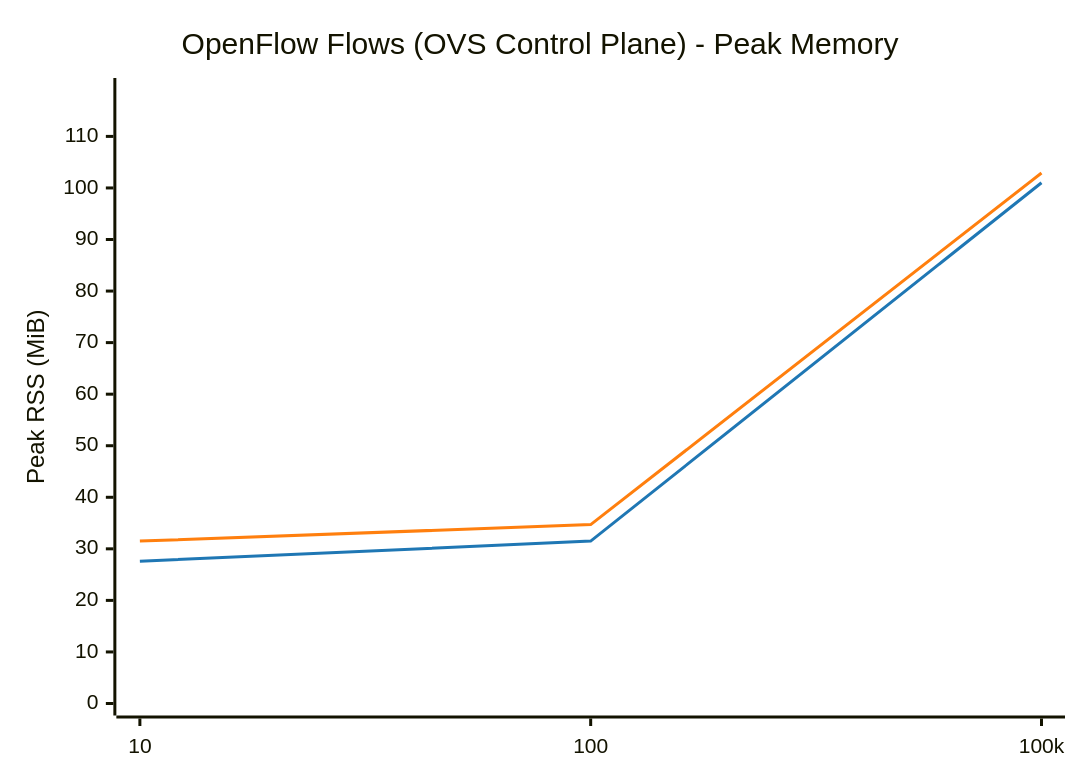
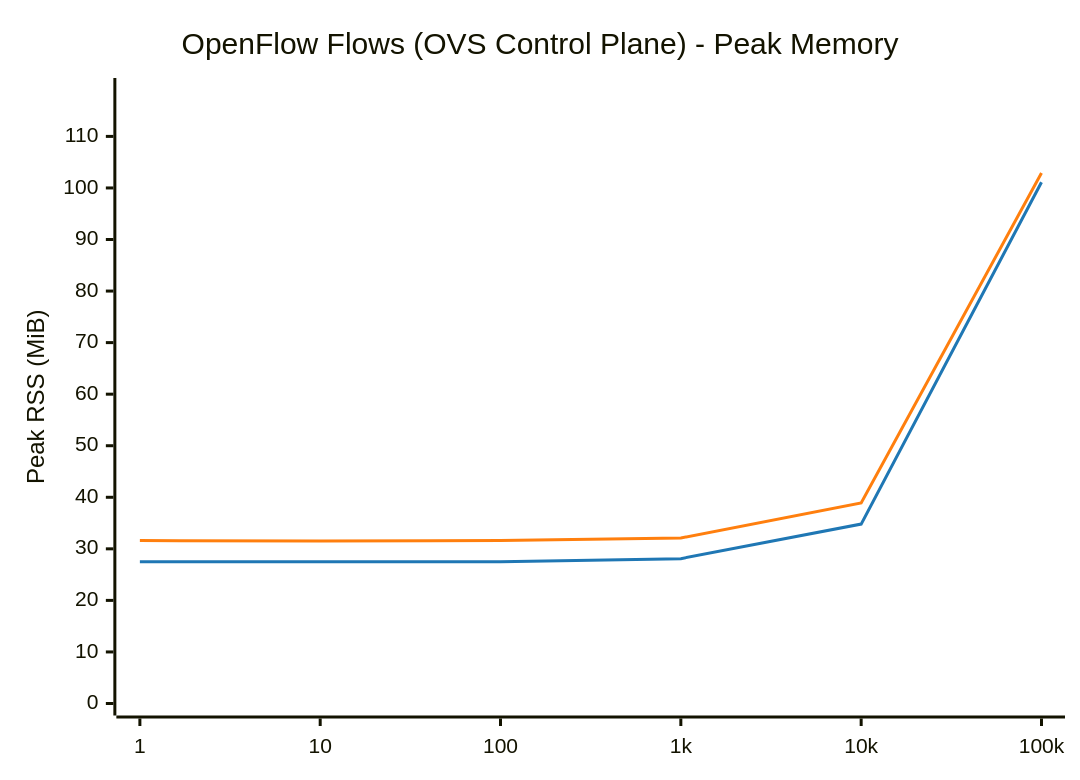
Diagram 12 of 14 in results/BENCHMARK_REPORT.md (LionelJouin/ovs-ovn-bench), drawn with Mermaid before and after one commit. The commit also changed other lines of this file and 4 other files, not shown here.

````diff
--- a/results/BENCHMARK_REPORT.md
+++ b/results/BENCHMARK_REPORT.md
@@ -305,14 +748,14 @@
 ```mermaid
 ---
 config:
     themeVariables:
         xyChart:
             plotColorPalette: "#1f77b4, #ff7f0e"
 ---
 xychart-beta
     title "OpenFlow Flows (OVS Control Plane) - Peak Memory"
-    x-axis ["10", "100", "100k"]
+    x-axis ["1", "10", "100", "1k", "10k", "100k"]
     y-axis "Peak RSS (MiB)" 0 --> 119
-    line "glibc malloc" [27.6, 31.5, 101.0]
-    line "jemalloc" [31.5, 34.7, 102.9]
+    line "glibc malloc" [27.5, 27.5, 27.5, 28.1, 34.8, 101.1]
+    line "jemalloc" [31.6, 31.5, 31.6, 32.1, 38.9, 102.9]
 ```
````
